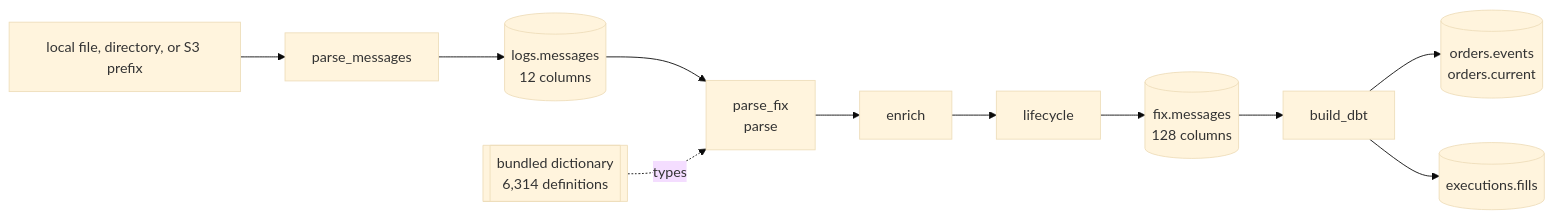
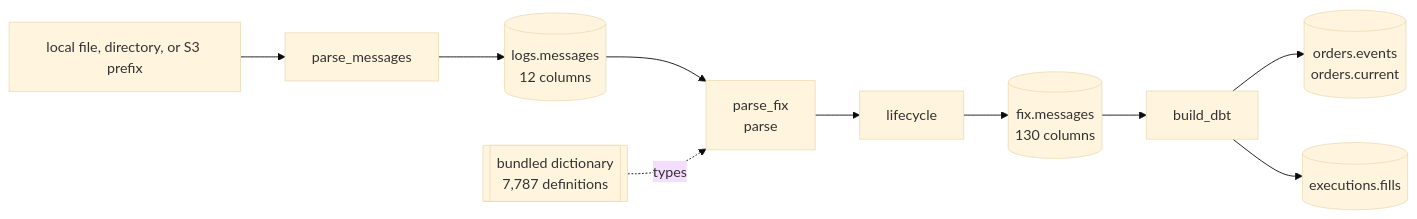
Before and after one commit to Platob/yggfin: the diagram in docs/pipeline/index.md, drawn with Mermaid (base theme). The commit also changed other lines of this file and 1126 other files, not shown here.

````diff
--- a/docs/pipeline/index.md
+++ b/docs/pipeline/index.md
@@ -6,13 +6,12 @@
 ```mermaid
 flowchart LR
     U["local file, directory, or S3 prefix"] --> T["parse_messages"]
     T --> M[("logs.messages<br/>12 columns")]
     M --> F["parse_fix<br/>parse"]
-    R[["bundled dictionary<br/>6,314 definitions"]] -.types.-> F
-    F --> E["enrich"]
-    E --> L["lifecycle"]
-    L --> X[("fix.messages<br/>128 columns")]
+    R[["bundled dictionary<br/>7,787 definitions"]] -.types.-> F
+    F --> L["lifecycle"]
+    L --> X[("fix.messages<br/>130 columns")]
     X --> B["build_dbt"]
     B --> O[("orders.events<br/>orders.current")]
     B --> C[("executions.fills")]
 ```
````
